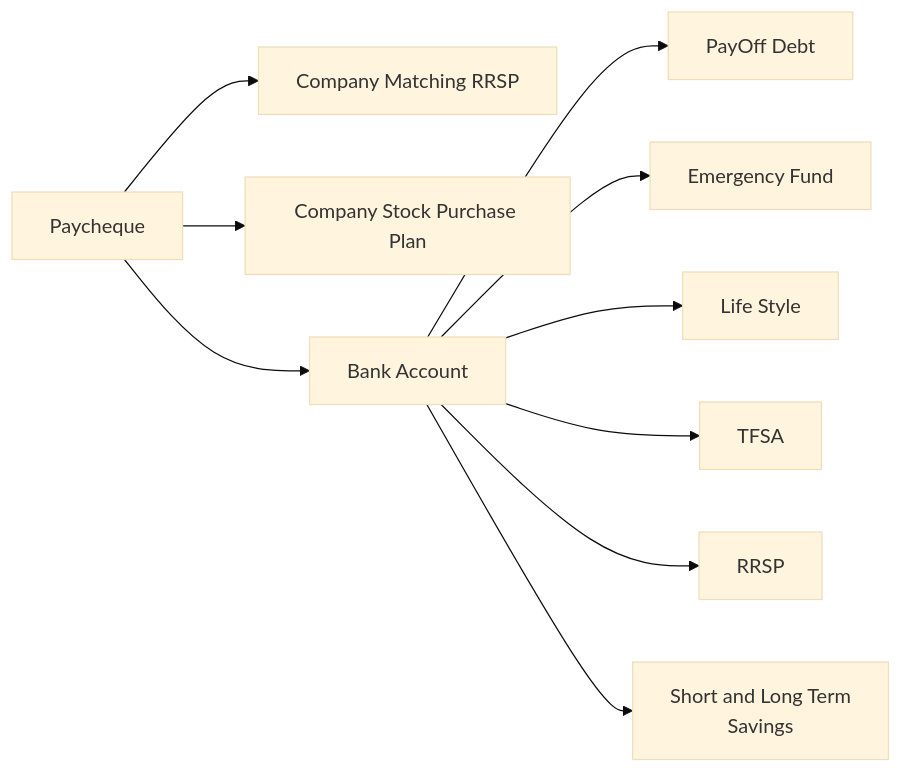
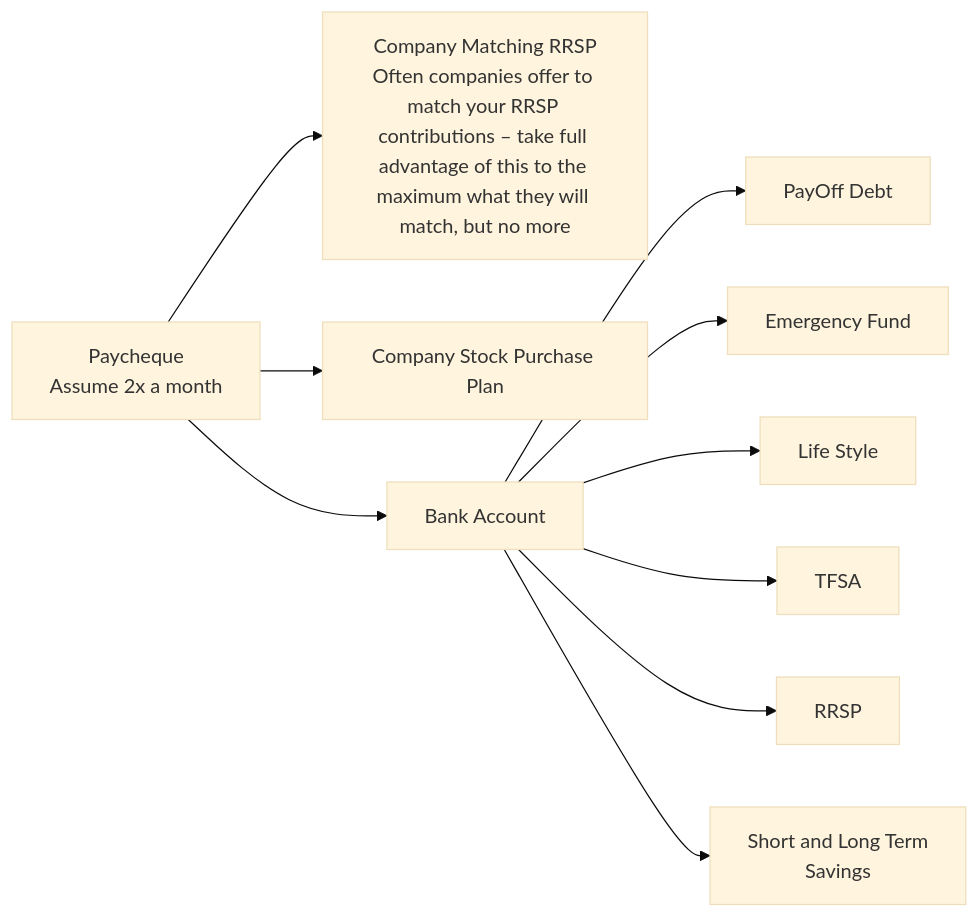
Before and after one commit to ksewlochan/Sewlochan: the diagram in FinancialLiteracy/02a_FinancialLiteracy_YourFinancialJourney.md, drawn with Mermaid (base theme).

Commit message:
Addig words to the flowchart

````diff
--- a/FinancialLiteracy/02a_FinancialLiteracy_YourFinancialJourney.md
+++ b/FinancialLiteracy/02a_FinancialLiteracy_YourFinancialJourney.md
@@ -141,12 +141,12 @@
 ``` mermaid
 	flowchart LR
-		PayCheque["Paycheque"] --> CompanyRRSP["Company Matching RRSP"]
+		PayCheque["Paycheque<br>Assume 2x a month"] --> CompanyRRSP["Company Matching RRSP<br>Often companies offer to match your RRSP contributions – take full advantage of this to the maximum what they will match, but no more"]
 		PayCheque --> CompanyStock["Company Stock Purchase Plan"]
 		PayCheque --> BankAccount["Bank Account"]
 		BankAccount --> PayDebt["PayOff Debt"]
 		BankAccount --> EmergencyFund["Emergency Fund"]
 		BankAccount --> LifeStyle["Life Style"]
 		BankAccount --> TFSA["TFSA"]
 		BankAccount --> RRSP["RRSP"]
 		BankAccount --> Savings["Short and Long Term<br> Savings"]
 ```
````
